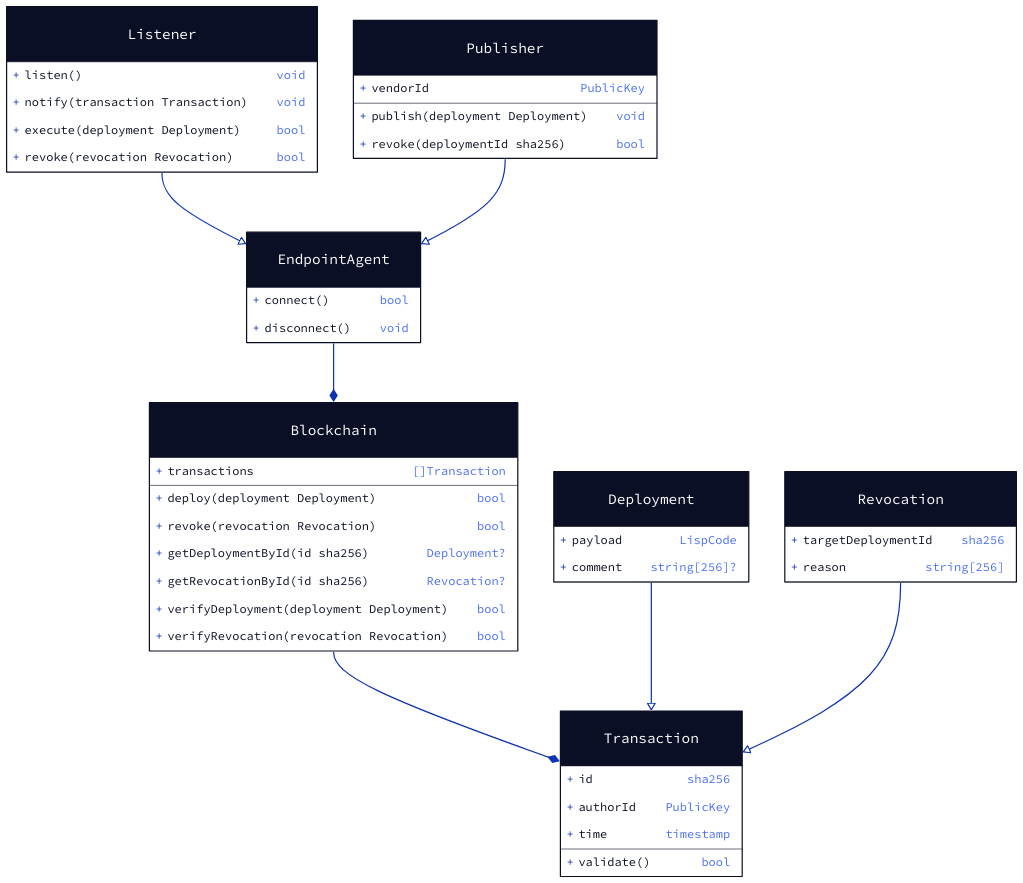
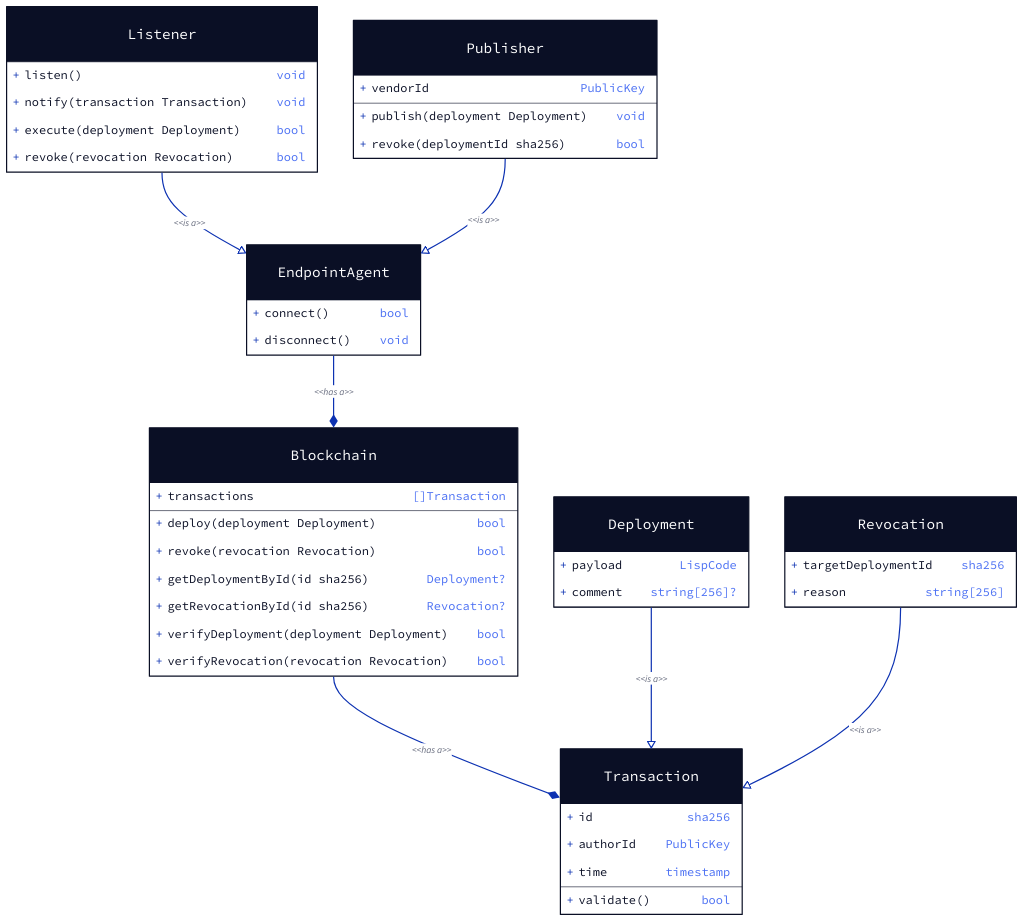
The diagram in meta/classes.d2 (EGN-Project/lisp-endpoint-agent), drawn with D2 before and after one commit.

Commit message:
Add connection labels to represent relationships

```diff
--- a/meta/classes.d2
+++ b/meta/classes.d2
@@ -1,107 +1,107 @@
 # Class definitions.
 Blockchain: {
   shape: class
   transactions: "[]Transaction"
   deploy(deployment Deployment): bool
   revoke(revocation Revocation): bool
   getDeploymentById(id sha256): "Deployment?"
   getRevocationById(id sha256): "Revocation?"
   verifyDeployment(deployment Deployment): bool
   verifyRevocation(revocation Revocation): bool
 }
 
 Transaction: {
   shape: class
   id: sha256
   authorId: PublicKey
   time: timestamp
   validate(): bool
 }
 
 Deployment: {
   shape: class
   payload: LispCode
   comment: "string[256]?"
 }
 
 Revocation: {
   shape: class
   targetDeploymentId: sha256
   reason: "string[256]"
 }
 
 Agent: "EndpointAgent" {
   shape: class
   connect(): bool
   disconnect(): void
 }
 
 Listener: {
   shape: class
   listen(): void
   notify(transaction Transaction): void
   execute(deployment Deployment): bool
   revoke(revocation Revocation): bool
 }
 
 Publisher: {
   shape: class
   vendorId: PublicKey
   publish(deployment Deployment): void
   revoke(deploymentId sha256): bool
 }
 
 # Connections.
-Blockchain -> Transaction: {
+Blockchain -> Transaction: "<<has a>>" {
   target-arrowhead: {
     shape: diamond
     style: {
       filled: true
     }
   }
 }
 
-Agent -> Blockchain: {
+Agent -> Blockchain: "<<has a>>" {
   target-arrowhead: {
     shape: diamond
     style: {
       filled: true
     }
   }
 }
 
-Listener -> Agent: {
+Listener -> Agent: "<<is a>>" {
   target-arrowhead: {
     shape: triangle
     style: {
       filled: false
     }
   }
 }
 
-Publisher -> Agent: {
+Publisher -> Agent: "<<is a>>" {
   target-arrowhead: {
     shape: triangle
     style: {
       filled: false
     }
   }
 }
 
-Deployment -> Transaction: {
+Deployment -> Transaction: "<<is a>>" {
   target-arrowhead: {
     shape: triangle
     style: {
       filled: false
     }
   }
 }
 
-Revocation -> Transaction: {
+Revocation -> Transaction: "<<is a>>" {
   target-arrowhead: {
     shape: triangle
     style: {
       filled: false
     }
   }
 }
```
